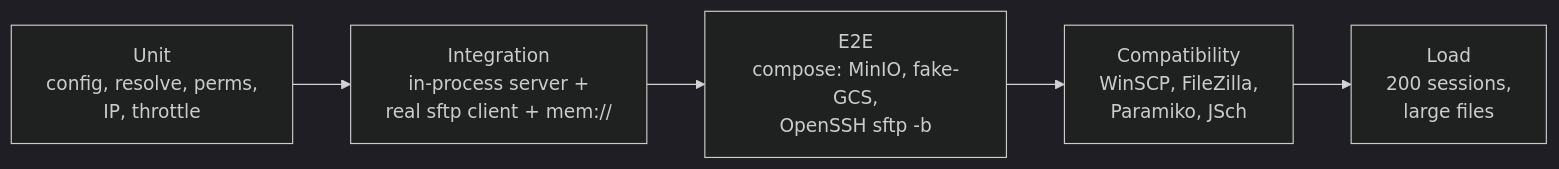
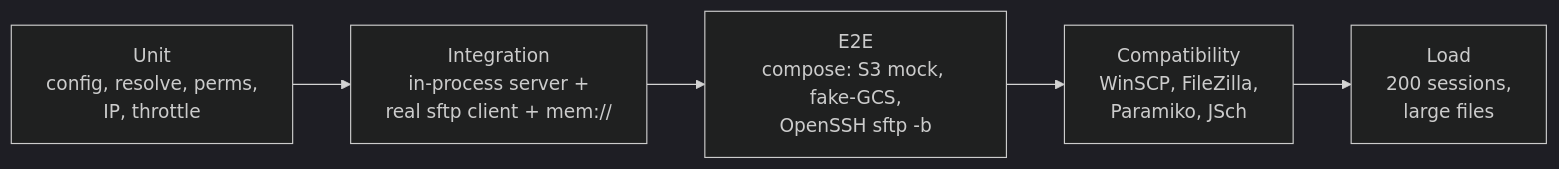
Before and after one commit to shashankpatil-dev/sftpgate: diagram 13 of 13 in docs/HLD.md, drawn with Mermaid (dark theme). The commit also changed other lines of this file and 6 other files, not shown here.

````diff
--- a/docs/HLD.md
+++ b/docs/HLD.md
@@ -419,7 +419,7 @@
 ```mermaid
 flowchart LR
   U["Unit<br/>config, resolve, perms,<br/>IP, throttle"] --> I["Integration<br/>in-process server +<br/>real sftp client + mem://"]
-  I --> E["E2E<br/>compose: MinIO, fake-GCS,<br/>OpenSSH sftp -b"]
+  I --> E["E2E<br/>compose: S3 mock, fake-GCS,<br/>OpenSSH sftp -b"]
   E --> M["Compatibility<br/>WinSCP, FileZilla,<br/>Paramiko, JSch"]
   M --> LD["Load<br/>200 sessions,<br/>large files"]
 ```
````
